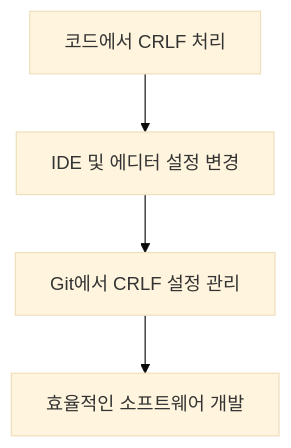
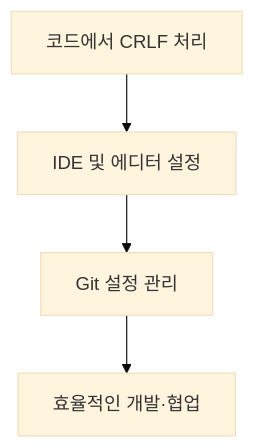
The fifth of 8 diagrams in content/post/2024/2024-10-15-crlf/index.md (42jerrykim/42jerrykim.github.io), drawn with Mermaid (base theme) before and after one commit. The commit also changed other lines of this file and 239 other files, not shown here.

````diff
--- a/content/post/2024/2024-10-15-crlf/index.md
+++ b/content/post/2024/2024-10-15-crlf/index.md
@@ -334,6 +271,10 @@
 ```mermaid
-graph TD;
-    A[코드에서 CRLF 처리] --> B[IDE 및 에디터 설정 변경]
-    B --> C[Git에서 CRLF 설정 관리]
-    C --> D[효율적인 소프트웨어 개발]
+graph TD
+    CodeHandle["코드에서 CRLF 처리"]
+    IdeSetting["IDE 및 에디터 설정"]
+    GitSetting["Git 설정 관리"]
+    EfficientDev["효율적인 개발·협업"]
+    CodeHandle --> IdeSetting
+    IdeSetting --> GitSetting
+    GitSetting --> EfficientDev
 ```
````
